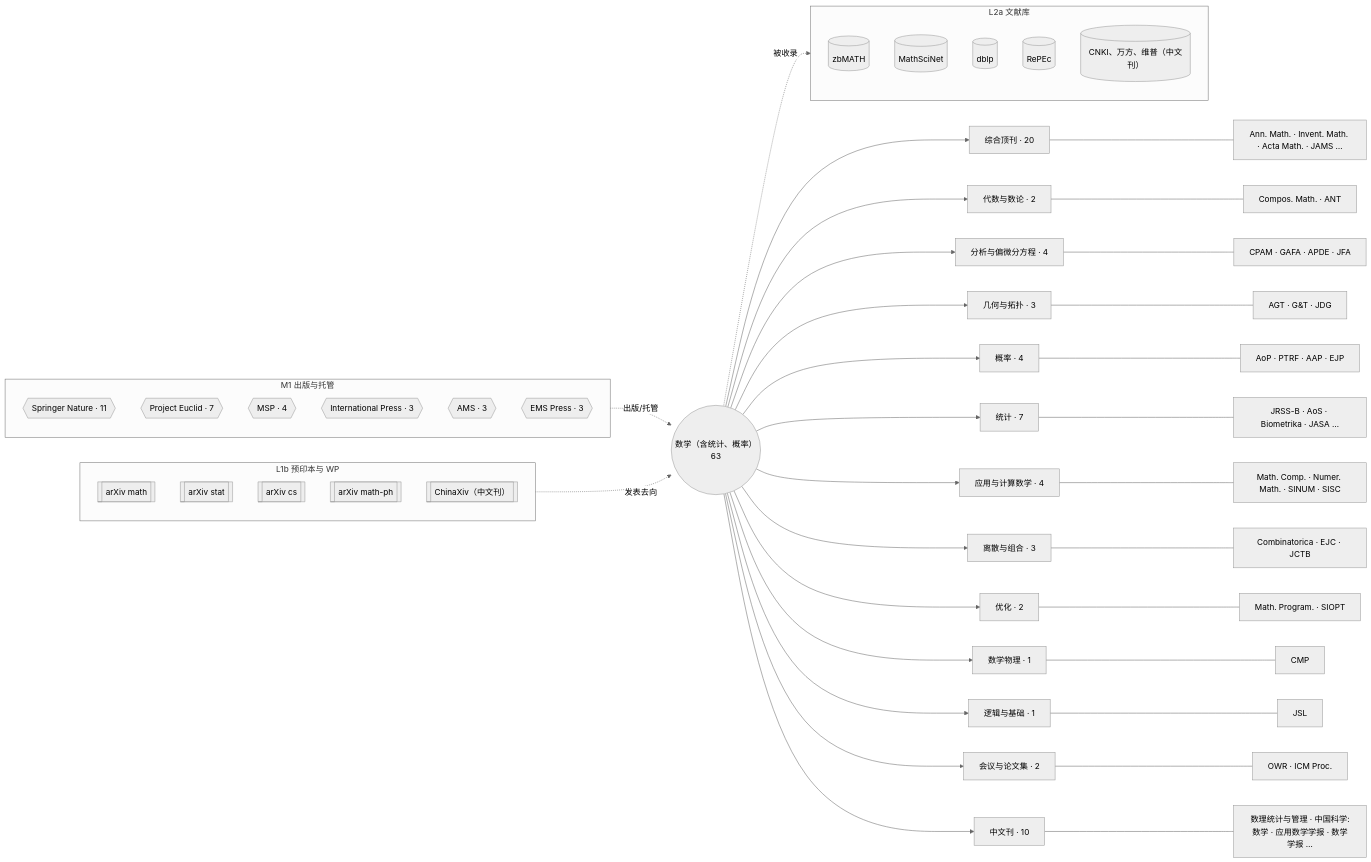
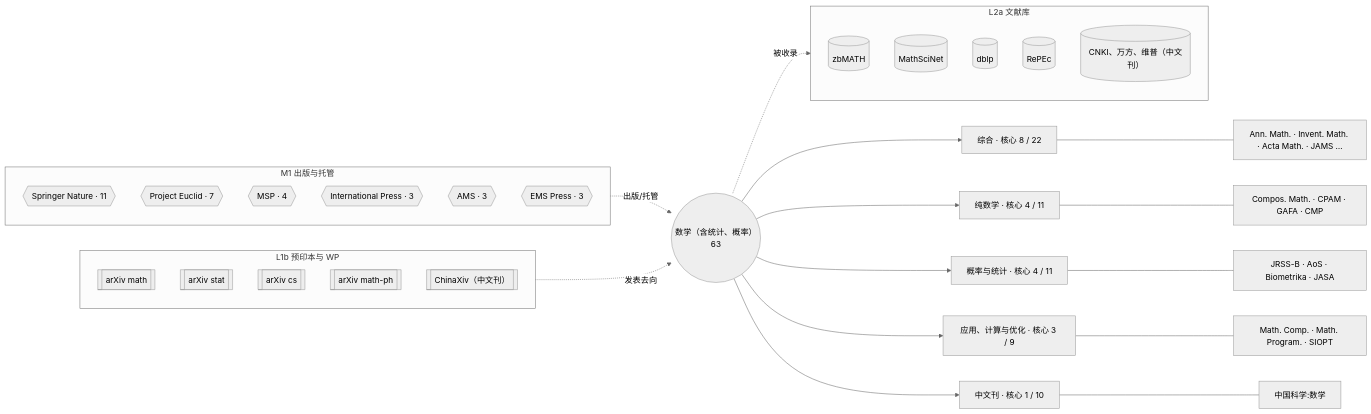
The diagram in docs/catalog/venues/math.md (yhyfhgs/Confluo), drawn with Mermaid (neutral theme) before and after one commit. The commit also changed other lines of this file and 21 other files, not shown here.

````diff
--- a/docs/catalog/venues/math.md
+++ b/docs/catalog/venues/math.md
@@ -14,55 +14,39 @@
 ```mermaid
 flowchart LR
   D(("数学（含统计、概率）<br/>63"))
-  D --> S0["综合顶刊 · 20"]
+  D --> S0["综合 · 核心 8 / 22"]
   S0 --- V0["Ann. Math. · Invent. Math. · Acta Math. · JAMS …"]
-  D --> S1["代数与数论 · 2"]
-  S1 --- V1["Compos. Math. · ANT"]
-  D --> S2["分析与偏微分方程 · 4"]
-  S2 --- V2["CPAM · GAFA · APDE · JFA"]
-  D --> S3["几何与拓扑 · 3"]
-  S3 --- V3["AGT · G&T · JDG"]
-  D --> S4["概率 · 4"]
-  S4 --- V4["AoP · PTRF · AAP · EJP"]
-  D --> S5["统计 · 7"]
-  S5 --- V5["JRSS-B · AoS · Biometrika · JASA …"]
-  D --> S6["应用与计算数学 · 4"]
-  S6 --- V6["Math. Comp. · Numer. Math. · SINUM · SISC"]
-  D --> S7["离散与组合 · 3"]
-  S7 --- V7["Combinatorica · EJC · JCTB"]
-  D --> S8["优化 · 2"]
-  S8 --- V8["Math. Program. · SIOPT"]
-  D --> S9["数学物理 · 1"]
-  S9 --- V9["CMP"]
-  D --> S10["逻辑与基础 · 1"]
-  S10 --- V10["JSL"]
-  D --> S11["会议与论文集 · 2"]
-  S11 --- V11["OWR · ICM Proc."]
-  D --> SCN["中文刊 · 10"]
-  SCN --- VCN["数理统计与管理 · 中国科学:数学 · 应用数学学报 · 数学学报 …"]
+  D --> S1["纯数学 · 核心 4 / 11"]
+  S1 --- V1["Compos. Math. · CPAM · GAFA · CMP"]
+  D --> S2["概率与统计 · 核心 4 / 11"]
+  S2 --- V2["JRSS-B · AoS · Biometrika · JASA"]
+  D --> S3["应用、计算与优化 · 核心 3 / 9"]
+  S3 --- V3["Math. Comp. · Math. Program. · SIOPT"]
+  D --> SCN["中文刊 · 核心 1 / 10"]
+  SCN --- VCN["中国科学:数学"]
   subgraph M1["M1 出版与托管"]
     P0{{"Springer Nature · 11"}}
     P1{{"Project Euclid · 7"}}
     P2{{"MSP · 4"}}
     P3{{"International Press · 3"}}
     P4{{"AMS · 3"}}
     P5{{"EMS Press · 3"}}
   end
   M1 -. 出版/托管 .-> D
   subgraph L2A["L2a 文献库"]
     A0[("zbMATH")]
     A1[("MathSciNet")]
     A2[("dblp")]
     A3[("RePEc")]
     A4[("CNKI、万方、维普（中文刊）")]
   end
   D -. 被收录 .-> L2A
   subgraph L1B["L1b 预印本与 WP"]
     B0[["arXiv math"]]
     B1[["arXiv stat"]]
     B2[["arXiv cs"]]
     B3[["arXiv math-ph"]]
     B4[["ChinaXiv（中文刊）"]]
   end
   L1B -. 发表去向 .-> D
 ```
````
